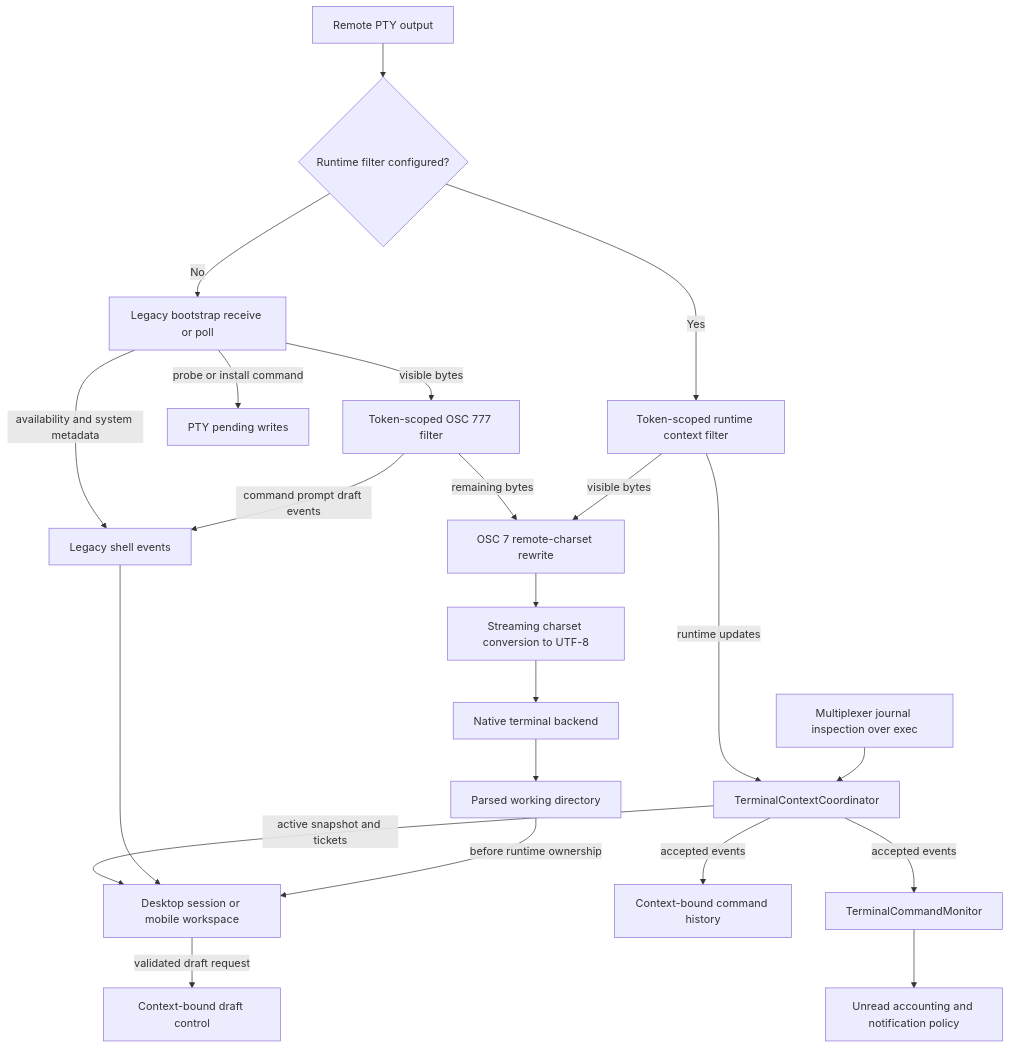
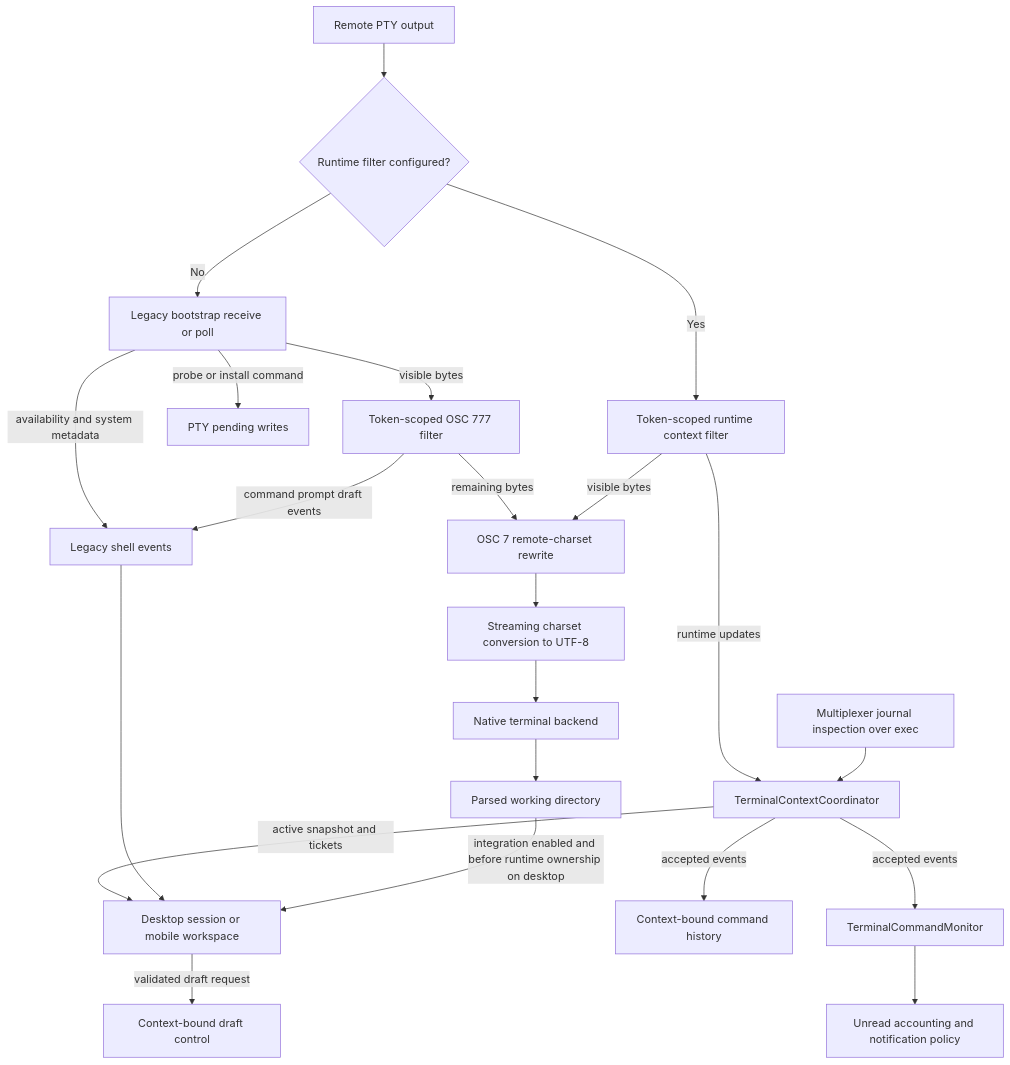
The third of 8 diagrams in openwiki/concepts/shell-integration.md (AkinoKaede/Termind), drawn with Mermaid before and after one commit. The commit also changed other lines of this file and 59 other files, not shown here.

````diff
--- a/openwiki/concepts/shell-integration.md
+++ b/openwiki/concepts/shell-integration.md
@@ -171,24 +173,24 @@
 ```mermaid
 flowchart TD
     Shell[Remote PTY output] --> Select{Runtime filter configured?}
     Select -->|Yes| Runtime[Token-scoped runtime context filter]
     Select -->|No| Bootstrap[Legacy bootstrap receive or poll]
     Bootstrap -->|probe or install command| Writes[PTY pending writes]
     Bootstrap -->|availability and system metadata| Events[Legacy shell events]
     Bootstrap -->|visible bytes| Filter[Token-scoped OSC 777 filter]
     Filter -->|command prompt draft events| Events
     Filter -->|remaining bytes| Cwd[OSC 7 remote-charset rewrite]
     Runtime -->|visible bytes| Cwd
     Runtime -->|runtime updates| Coordinator[TerminalContextCoordinator]
     Journal[Multiplexer journal inspection over exec] --> Coordinator
     Coordinator -->|active snapshot and tickets| Feature[Desktop session or mobile workspace]
     Coordinator -->|accepted events| History[Context-bound command history]
     Coordinator -->|accepted events| Monitor[TerminalCommandMonitor]
     Feature -->|validated draft request| Draft[Context-bound draft control]
     Monitor --> Alerts[Unread accounting and notification policy]
     Cwd --> Charset[Streaming charset conversion to UTF-8]
     Charset --> Terminal[Native terminal backend]
     Terminal --> WorkingDirectory[Parsed working directory]
     Events --> Feature
-    WorkingDirectory -->|before runtime ownership| Feature
+    WorkingDirectory -->|integration enabled and before runtime ownership on desktop| Feature
 ```
````
